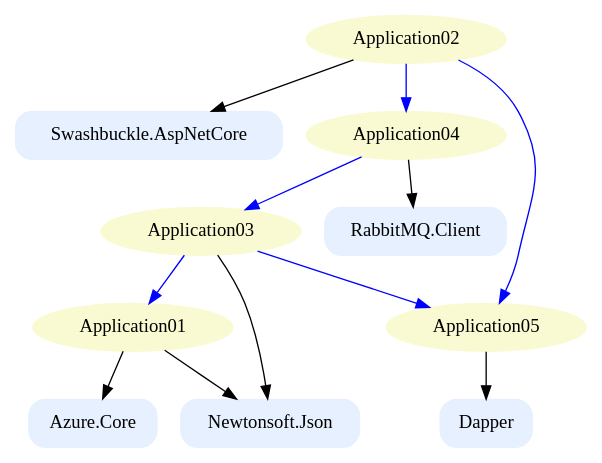
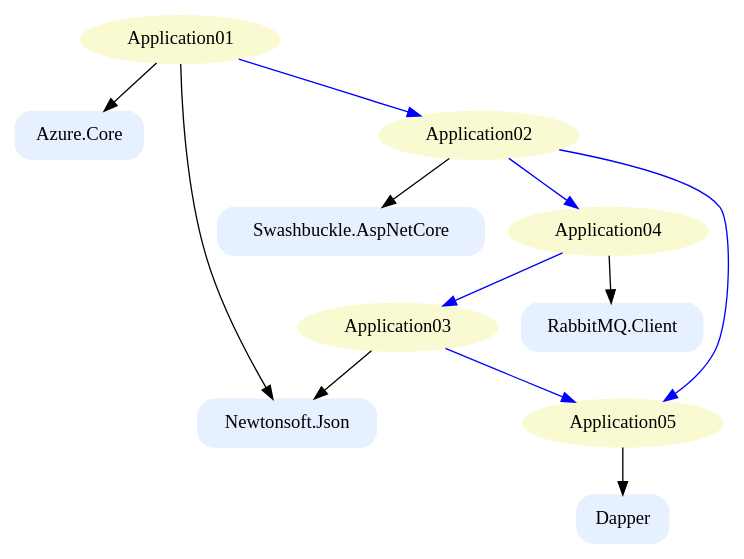
One commit to eduardocf/ADM changed the diagram in dependency_graph.dot. Above: the diagram before and after it, drawn with Graphviz. The commit also changed 2 other files, not shown here.

```diff
--- a/dependency_graph.dot
+++ b/dependency_graph.dot
@@ -1,25 +1,25 @@
 digraph Dependencies {
   node[shape=ellipse style="rounded,filled" color="lightgoldenrodyellow" ]
   "Application01" -> "Azure.Core" [color=black];
   "Azure.Core" [shape=box, color="#e6f0ff"];
   "Application01" -> "Newtonsoft.Json" [color=black];
   "Newtonsoft.Json" [shape=box, color="#e6f0ff"];
+  "Application01" -> "Application02" [color=blue];
+  "Application02" [shape=ellipse, color="lightgoldenrodyellow"];
   "Application02" -> "Swashbuckle.AspNetCore" [color=black];
   "Swashbuckle.AspNetCore" [shape=box, color="#e6f0ff"];
   "Application02" -> "Application04" [color=blue];
   "Application04" [shape=ellipse, color="lightgoldenrodyellow"];
   "Application02" -> "Application05" [color=blue];
   "Application05" [shape=ellipse, color="lightgoldenrodyellow"];
   "Application03" -> "Newtonsoft.Json" [color=black];
   "Newtonsoft.Json" [shape=box, color="#e6f0ff"];
-  "Application03" -> "Application01" [color=blue];
-  "Application01" [shape=ellipse, color="lightgoldenrodyellow"];
   "Application03" -> "Application05" [color=blue];
   "Application05" [shape=ellipse, color="lightgoldenrodyellow"];
   "Application04" -> "RabbitMQ.Client" [color=black];
   "RabbitMQ.Client" [shape=box, color="#e6f0ff"];
   "Application04" -> "Application03" [color=blue];
   "Application03" [shape=ellipse, color="lightgoldenrodyellow"];
   "Application05" -> "Dapper" [color=black];
   "Dapper" [shape=box, color="#e6f0ff"];
 }
```
